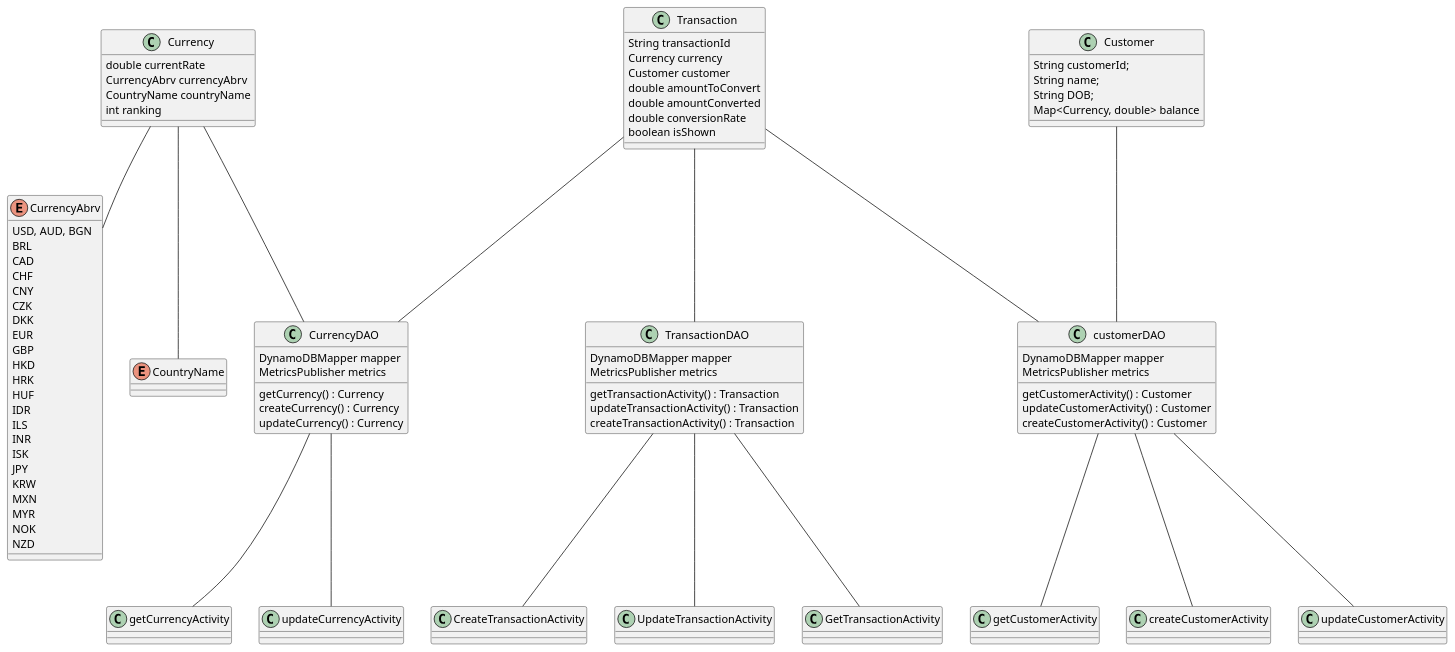
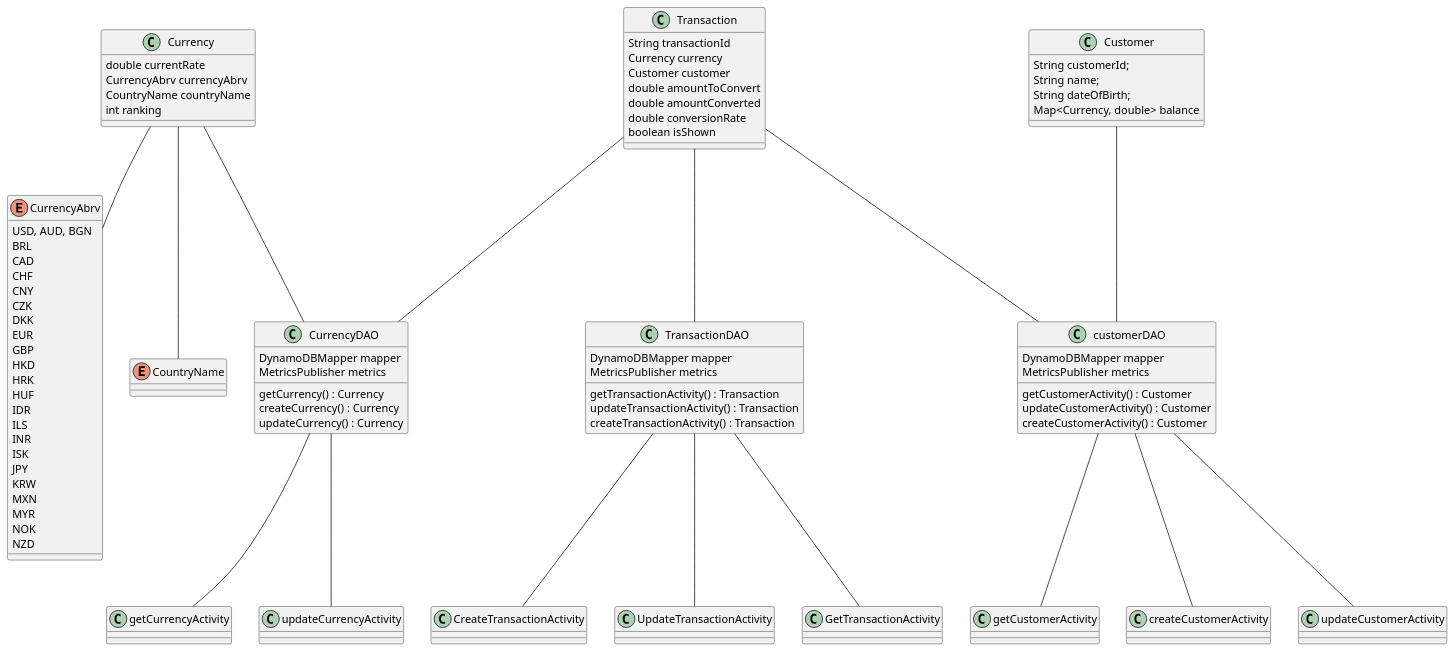
The diagram in resources/currencyConverterCD.puml (MattyOBar/CurrencyPal), drawn with PlantUML before and after one commit. The commit also changed 3 other files, not shown here.

```diff
--- a/resources/currencyConverterCD.puml
+++ b/resources/currencyConverterCD.puml
@@ -1,100 +1,100 @@
 @startuml
 Currency -- CurrencyAbrv
 Transaction -- TransactionDAO
 TransactionDAO -- CreateTransactionActivity
 TransactionDAO -- UpdateTransactionActivity
 TransactionDAO -- GetTransactionActivity
 Currency -- CurrencyDAO
 Transaction -- customerDAO
 Customer -- customerDAO
 customerDAO -- getCustomerActivity
 customerDAO -- createCustomerActivity
 customerDAO -- updateCustomerActivity
 Transaction -- CurrencyDAO
 CurrencyDAO -- getCurrencyActivity
 CurrencyDAO -- updateCurrencyActivity
 Currency -- CountryName
 class Currency {
 double currentRate
 CurrencyAbrv currencyAbrv
 CountryName countryName
 int ranking
 }
 ENUM CountryName{
 
 }
 
 ENUM CurrencyAbrv {
 USD, AUD, BGN
 BRL
 CAD
 CHF
 CNY
 CZK
 DKK
 EUR
 GBP
 HKD
 HRK
 HUF
 IDR
 ILS
 INR
 ISK
 JPY
 KRW
 MXN
 MYR
 NOK
 NZD
 }
 class CurrencyDAO {
 DynamoDBMapper mapper
 MetricsPublisher metrics
 getCurrency() : Currency
 createCurrency() : Currency
 updateCurrency() : Currency
 }
 
 class updateCurrencyActivity{
 }
 class getCurrencyActivity {
 }
 class TransactionDAO {
 DynamoDBMapper mapper
 MetricsPublisher metrics
 getTransactionActivity() : Transaction
 updateTransactionActivity() : Transaction
 createTransactionActivity() : Transaction
 }
 class Transaction {
 String transactionId
 Currency currency
 Customer customer
 double amountToConvert
 double amountConverted
 double conversionRate
 boolean isShown
 }
 class UpdateTransactionActivity {
 }
 class CreateTransactionActivity {
 }
 class GetTransactionActivity {
 }
 
 class customerDAO {
 DynamoDBMapper mapper
 MetricsPublisher metrics
 getCustomerActivity() : Customer
 updateCustomerActivity() : Customer
 createCustomerActivity() : Customer
 }
 
 class Customer {
 String customerId;
 String name;
-String DOB;
+String dateOfBirth;
 Map<Currency, double> balance
 }
 @enduml
```
